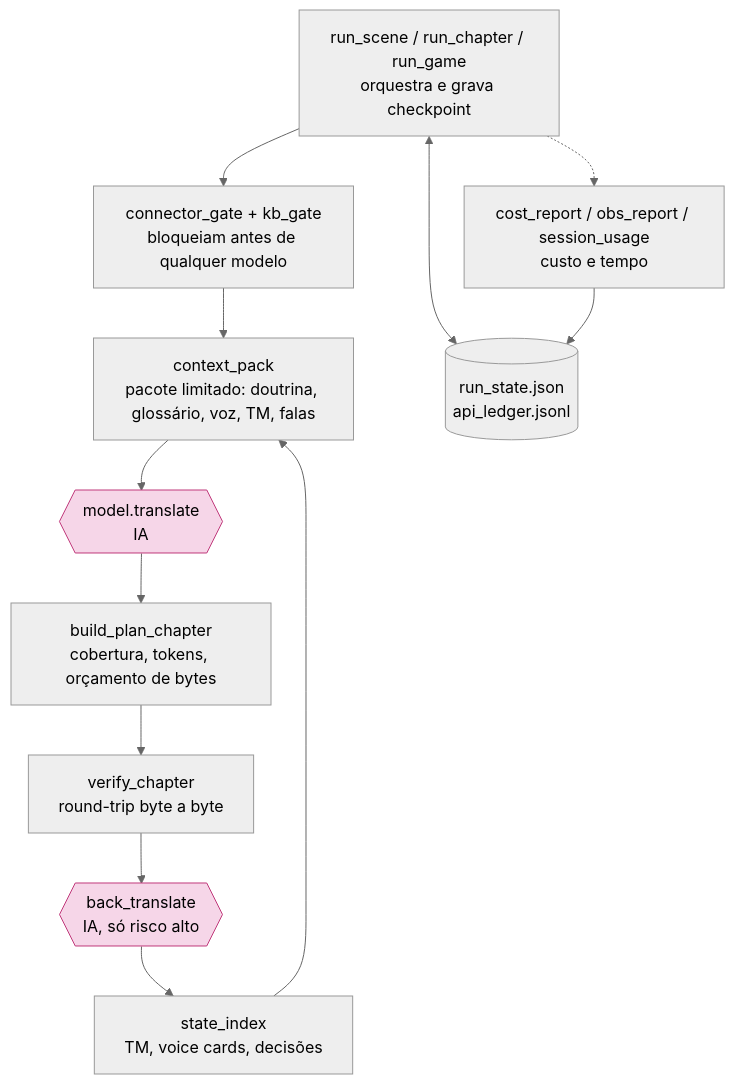
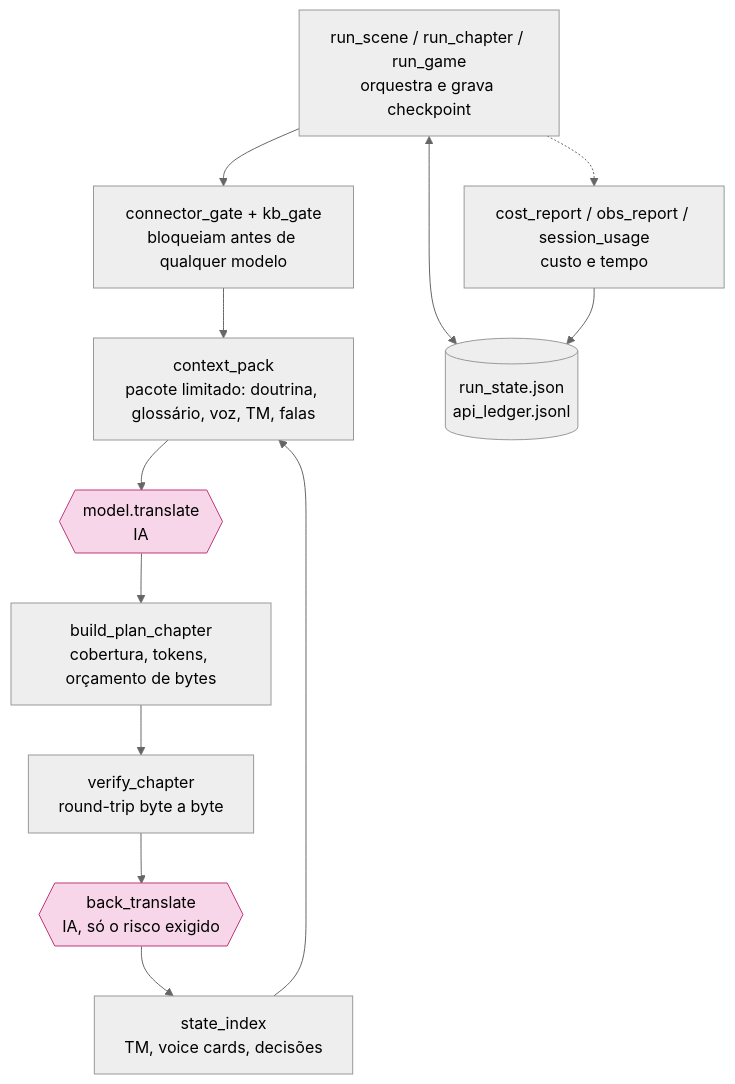
One commit to scudellerlemos/translation-cognition-framework changed the fifth of 11 diagrams in docs/DIAGRAMAS.md. Above: the diagram before and after it, drawn with Mermaid (neutral theme). The commit also changed other lines of this file and 28 other files, not shown here.

````diff
--- a/docs/DIAGRAMAS.md
+++ b/docs/DIAGRAMAS.md
@@ -148,20 +148,20 @@
 ```mermaid
 flowchart TB
   rs["run_scene / run_chapter / run_game<br/>orquestra e grava checkpoint"]
   cg["connector_gate + kb_gate<br/>bloqueiam antes de qualquer modelo"]
   cp["context_pack<br/>pacote limitado: doutrina, glossário, voz, TM, falas"]
   tr{{"model.translate<br/>IA"}}
   bp["build_plan_chapter<br/>cobertura, tokens, orçamento de bytes"]
   vf["verify_chapter<br/>round-trip byte a byte"]
-  bt{{"back_translate<br/>IA, só risco alto"}}
+  bt{{"back_translate<br/>IA, só o risco exigido"}}
   si["state_index<br/>TM, voice cards, decisões"]
   ob["cost_report / obs_report / session_usage<br/>custo e tempo"]
   st[("run_state.json<br/>api_ledger.jsonl")]
   rs --> cg --> cp --> tr --> bp --> vf --> bt --> si
   rs <--> st
   si --> cp
   rs -.-> ob
   ob --> st
   classDef ia fill:#f6d6e8,stroke:#c0397b,color:#000;
   class tr,bt ia;
 ```
````
